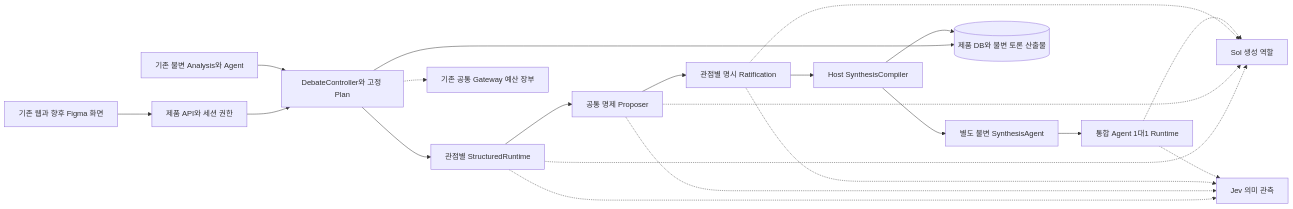
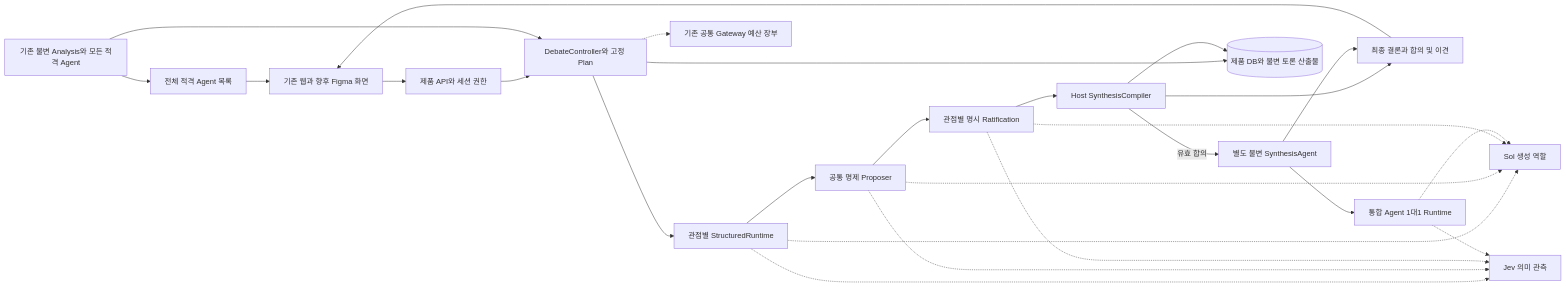
The diagram in docs/design/DEBATE_SYNTHESIS.md (joowonkime/commentscope), drawn with Mermaid before and after one commit. The commit also changed other lines of this file and 17 other files, not shown here.

Commit message:
docs: align full agent catalog with automatic debate outcome flow (#115)

````diff
--- a/docs/design/DEBATE_SYNTHESIS.md
+++ b/docs/design/DEBATE_SYNTHESIS.md
@@ -69,23 +88,28 @@
 ```mermaid
 flowchart LR
     web["기존 웹과 향후 Figma 화면"] --> api["제품 API와 세션 권한"]
     api --> controller["DebateController와 고정 Plan"]
-    parent["기존 불변 Analysis와 Agent"] --> controller
+    parent["기존 불변 Analysis와 모든 적격 Agent"] --> catalog["전체 적격 Agent 목록"]
+    catalog --> web
+    parent --> controller
     controller --> runtime["관점별 StructuredRuntime"]
     runtime --> proposer["공통 명제 Proposer"]
     proposer --> ratifier["관점별 명시 Ratification"]
     ratifier --> compiler["Host SynthesisCompiler"]
-    compiler --> derived["별도 불변 SynthesisAgent"]
+    compiler -->|"유효 합의"| derived["별도 불변 SynthesisAgent"]
+    compiler --> conclusion["최종 결론과 합의 및 이견"]
+    derived --> conclusion
+    conclusion --> web
     derived --> childChat["통합 Agent 1대1 Runtime"]
     runtime -.-> sol["Sol 생성 역할"]
     proposer -.-> sol
     ratifier -.-> sol
     childChat -.-> sol
     runtime -.-> jev["Jev 의미 관측"]
     proposer -.-> jev
     ratifier -.-> jev
     childChat -.-> jev
     controller --> store[("제품 DB와 불변 토론 산출물")]
     compiler --> store
     controller -.-> execution["기존 공통 Gateway 예산 장부"]
 ```
````
